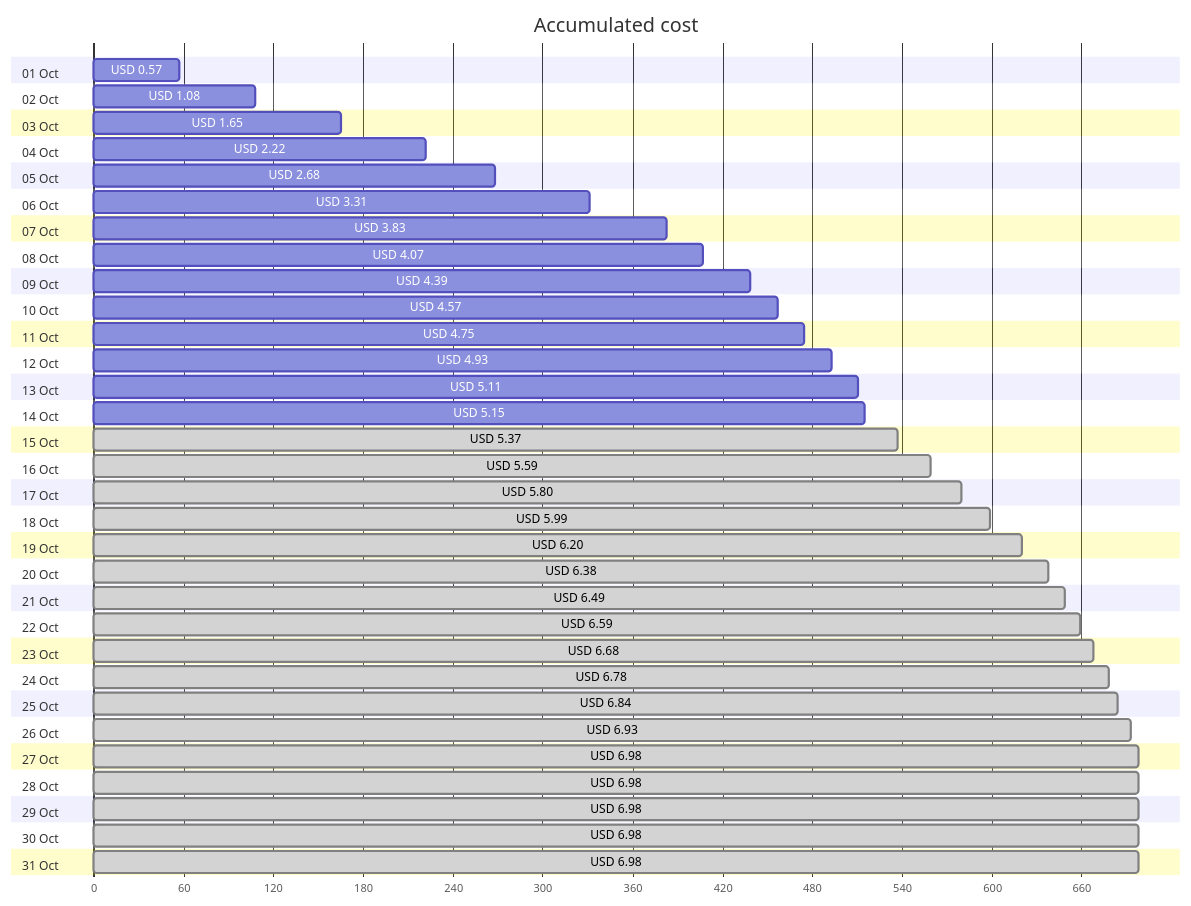
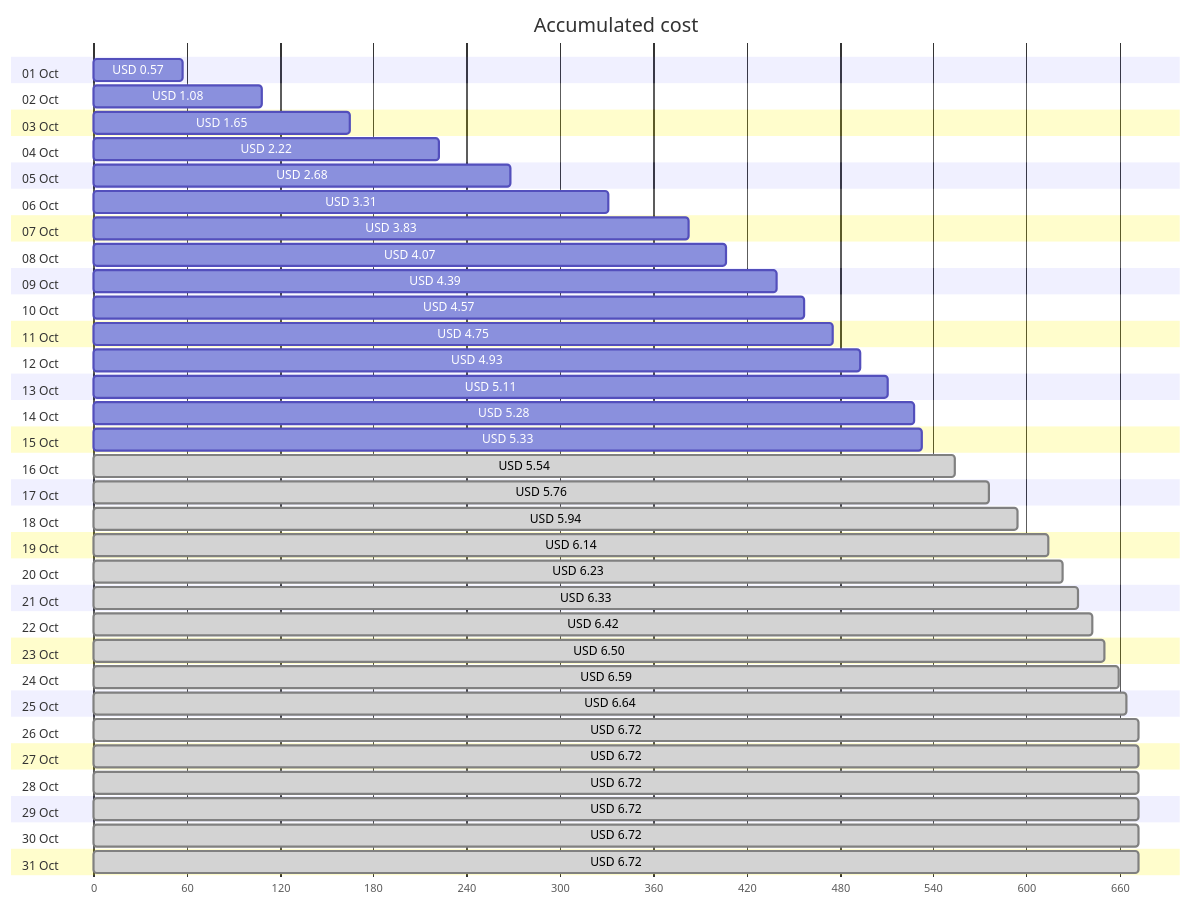
Before and after one commit to jpfulton/azure-personal-reports: the first of 4 diagrams in cost-reports/personal-network/vpn-server.md, drawn with Mermaid. The commit also changed other lines of this file and 8 other files, not shown here.

````diff
--- a/cost-reports/personal-network/vpn-server.md
+++ b/cost-reports/personal-network/vpn-server.md
@@ -20,68 +20,68 @@
 ```mermaid
 gantt
    title Accumulated cost
    dateFormat  X
    axisFormat %s
    section 01 Oct
    USD 0.57 :0, 57
    section 02 Oct
    USD 1.08 :0, 108
    section 03 Oct
    USD 1.65 :0, 165
    section 04 Oct
    USD 2.22 :0, 222
    section 05 Oct
    USD 2.68 :0, 268
    section 06 Oct
    USD 3.31 :0, 331
    section 07 Oct
    USD 3.83 :0, 383
    section 08 Oct
    USD 4.07 :0, 407
    section 09 Oct
    USD 4.39 :0, 439
    section 10 Oct
    USD 4.57 :0, 457
    section 11 Oct
    USD 4.75 :0, 475
    section 12 Oct
    USD 4.93 :0, 493
    section 13 Oct
    USD 5.11 :0, 511
    section 14 Oct
-   USD 5.15 :0, 515
+   USD 5.28 :0, 528
    section 15 Oct
-   USD 5.37 : done, 0, 537
+   USD 5.33 :0, 533
    section 16 Oct
-   USD 5.59 : done, 0, 559
+   USD 5.54 : done, 0, 554
    section 17 Oct
-   USD 5.80 : done, 0, 580
+   USD 5.76 : done, 0, 576
    section 18 Oct
-   USD 5.99 : done, 0, 599
+   USD 5.94 : done, 0, 594
    section 19 Oct
-   USD 6.20 : done, 0, 620
+   USD 6.14 : done, 0, 614
    section 20 Oct
-   USD 6.38 : done, 0, 638
+   USD 6.23 : done, 0, 623
    section 21 Oct
-   USD 6.49 : done, 0, 649
+   USD 6.33 : done, 0, 633
    section 22 Oct
+   USD 6.42 : done, 0, 642
+   section 23 Oct
+   USD 6.50 : done, 0, 650
+   section 24 Oct
    USD 6.59 : done, 0, 659
-   section 23 Oct
-   USD 6.68 : done, 0, 668
-   section 24 Oct
-   USD 6.78 : done, 0, 678
    section 25 Oct
-   USD 6.84 : done, 0, 684
+   USD 6.64 : done, 0, 664
    section 26 Oct
-   USD 6.93 : done, 0, 693
+   USD 6.72 : done, 0, 672
    section 27 Oct
-   USD 6.98 : done, 0, 698
+   USD 6.72 : done, 0, 672
    section 28 Oct
-   USD 6.98 : done, 0, 698
+   USD 6.72 : done, 0, 672
    section 29 Oct
-   USD 6.98 : done, 0, 698
+   USD 6.72 : done, 0, 672
    section 30 Oct
-   USD 6.98 : done, 0, 698
+   USD 6.72 : done, 0, 672
    section 31 Oct
-   USD 6.98 : done, 0, 698
+   USD 6.72 : done, 0, 672
 ```
````
